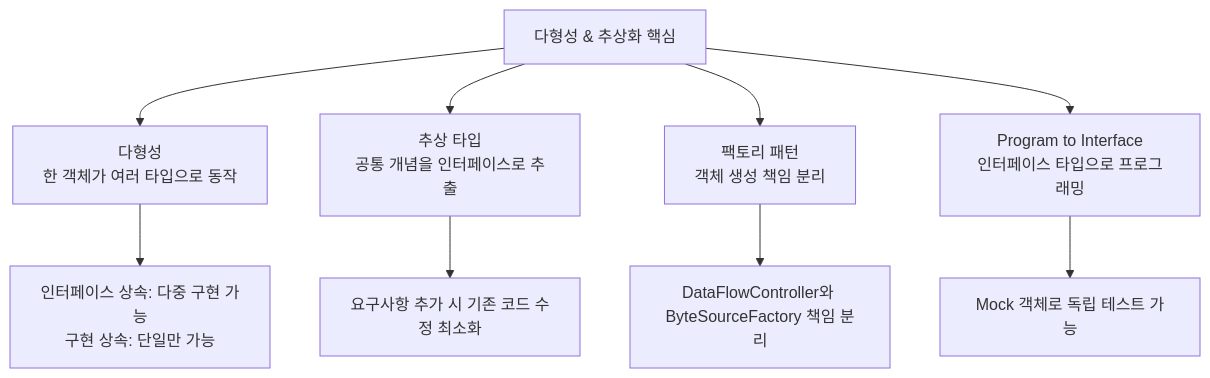
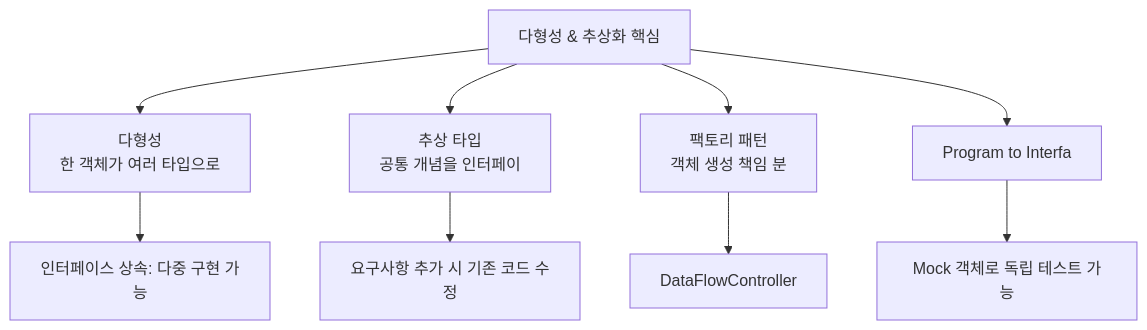
One commit to yjkim2015/yjkim2015.github.io changed the sixth of 6 diagrams in _posts/java/2021-11-14-java-objects2.md. Above: the diagram before and after it, drawn with Mermaid. The commit also changed other lines of this file and 271 other files, not shown here.

First line of the commit message:
Mermaid 라벨 축소: 긴 노드 텍스트 18자 이하로 트림 + \n 제거

````diff
--- a/_posts/java/2021-11-14-java-objects2.md
+++ b/_posts/java/2021-11-14-java-objects2.md
@@ -274,11 +274,11 @@
 ```mermaid
 graph TD
-    A["다형성 & 추상화 핵심"] --> B["다형성\n한 객체가 여러 타입으로 동작"]
-    A --> C["추상 타입\n공통 개념을 인터페이스로 추출"]
-    A --> D["팩토리 패턴\n객체 생성 책임 분리"]
-    A --> E["Program to Interface\n인터페이스 타입으로 프로그래밍"]
-    B --> B1["인터페이스 상속: 다중 구현 가능\n구현 상속: 단일만 가능"]
-    C --> C1["요구사항 추가 시 기존 코드 수정 최소화"]
-    D --> D1["DataFlowController와 ByteSourceFactory 책임 분리"]
+    A["다형성 & 추상화 핵심"] --> B["다형성\n한 객체가 여러 타입으로"]
+    A --> C["추상 타입\n공통 개념을 인터페이"]
+    A --> D["팩토리 패턴\n객체 생성 책임 분"]
+    A --> E["Program to Interfa"]
+    B --> B1["인터페이스 상속: 다중 구현 가능"]
+    C --> C1["요구사항 추가 시 기존 코드 수정"]
+    D --> D1["DataFlowController"]
     E --> E1["Mock 객체로 독립 테스트 가능"]
 ```
````
